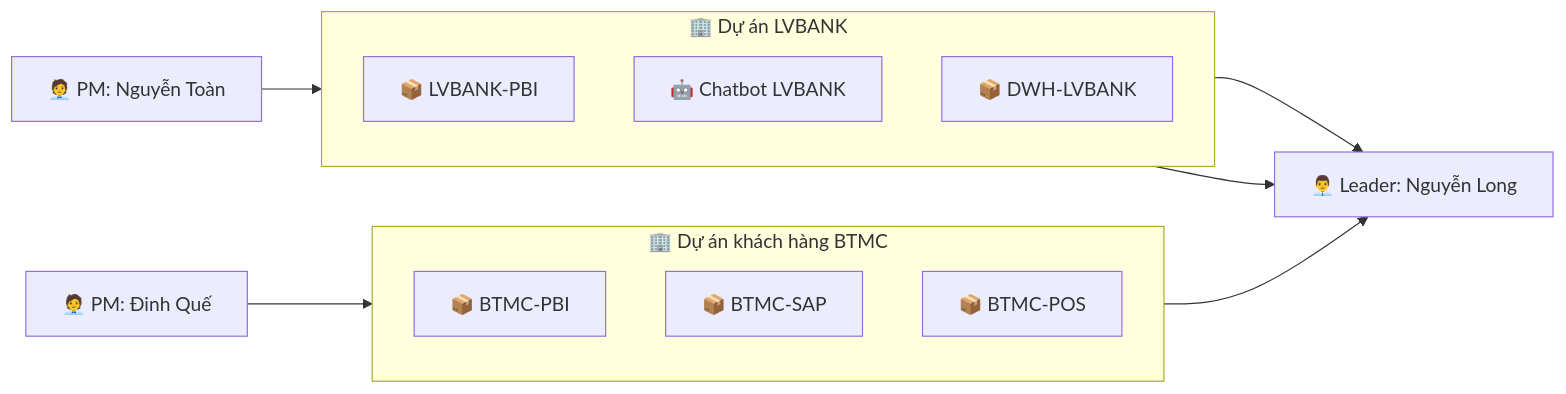
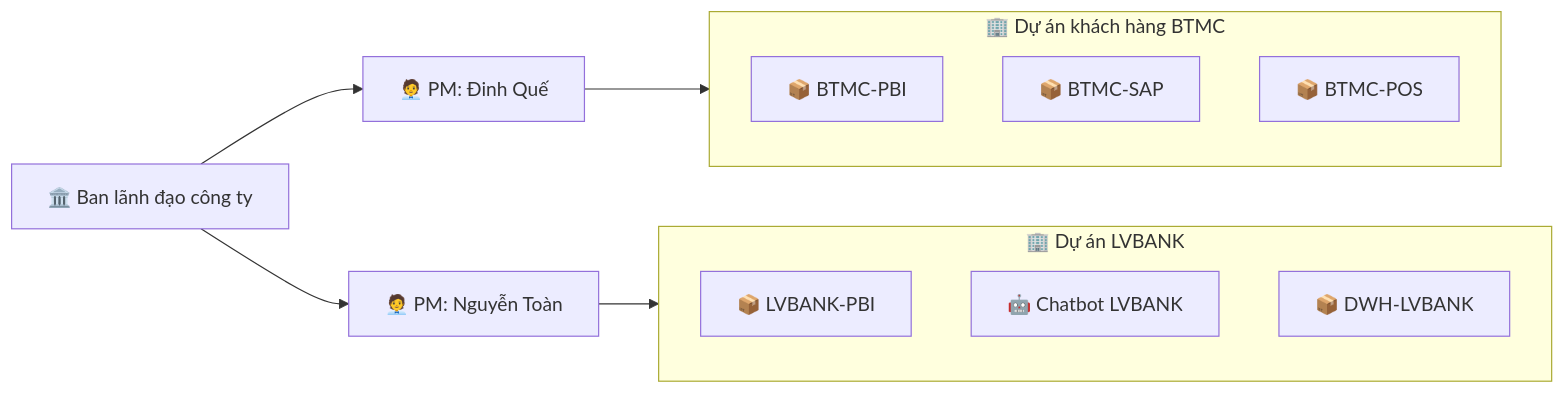
The first of 4 diagrams in Biên bản họp/Năm 2025/Tháng 4/BB họp tuần 16.md (hoanglong8/FoxAI-Cong-viec-chung), drawn with Mermaid before and after one commit. The commit also changed other lines of this file, not shown here.

````diff
--- a/Biên bản họp/Năm 2025/Tháng 4/BB họp tuần 16.md
+++ b/Biên bản họp/Năm 2025/Tháng 4/BB họp tuần 16.md
@@ -55,33 +37,33 @@
 ```mermaid
 graph LR;
 
-  %% Leader bên phải
-  Long["👨‍💼 Leader: Nguyễn Long"]
+  %% Ban lãnh đạo cấp cao
+  Boss["🏛️ Ban lãnh đạo công ty"]
 
   %% PM quản lý
   PM_BTMC["🧑‍💼 PM: Đinh Quế"]
   PM_LVBANK["🧑‍💼 PM: Nguyễn Toàn"]
+
+  %% Mối quan hệ quản lý
+  Boss --> PM_BTMC
+  Boss --> PM_LVBANK
 
   %% Dự án BTMC
   subgraph BTMC["🏢 Dự án khách hàng BTMC"]
     direction TB
     BTMC_SP1["📦 BTMC-PBI"]
     BTMC_SP2["📦 BTMC-SAP"]
     BTMC_SP3["📦 BTMC-POS"]
   end
   PM_BTMC --> BTMC
 
   %% Dự án LVBANK
   subgraph LVBANK["🏢 Dự án LVBANK"]
     direction TB
     LVBANK_SP1["📦 LVBANK-PBI"]
     LVBANK_SP2["🤖 Chatbot LVBANK"]
     LVBANK_SP3["📦 DWH-LVBANK"]
   end
   PM_LVBANK --> LVBANK
 
-  %% Leader phụ trách sản phẩm
-  BTMC_SP1 --> Long
-  LVBANK_SP1 --> Long
-  LVBANK_SP2 --> Long
 ```
````
